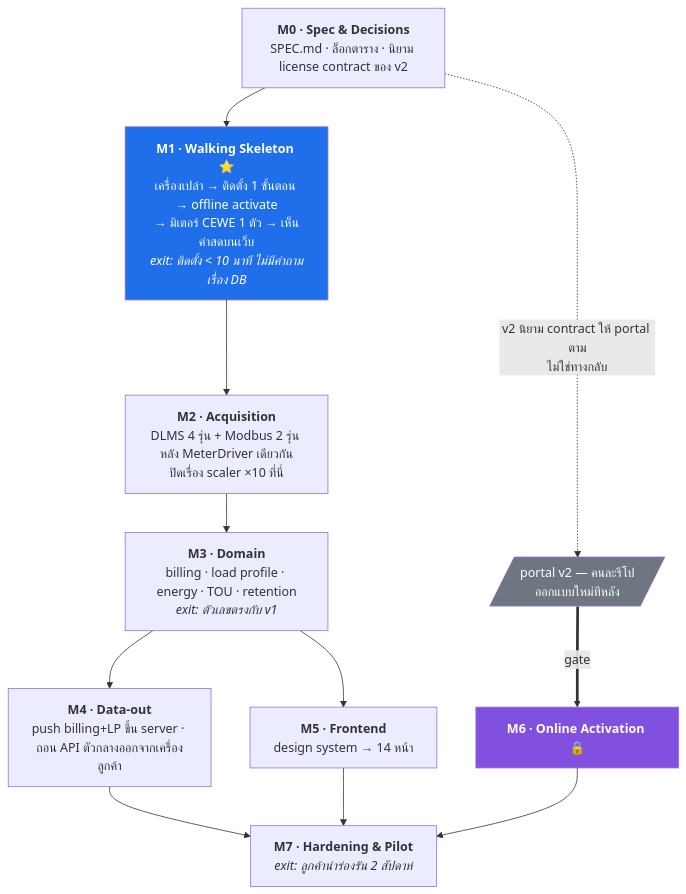
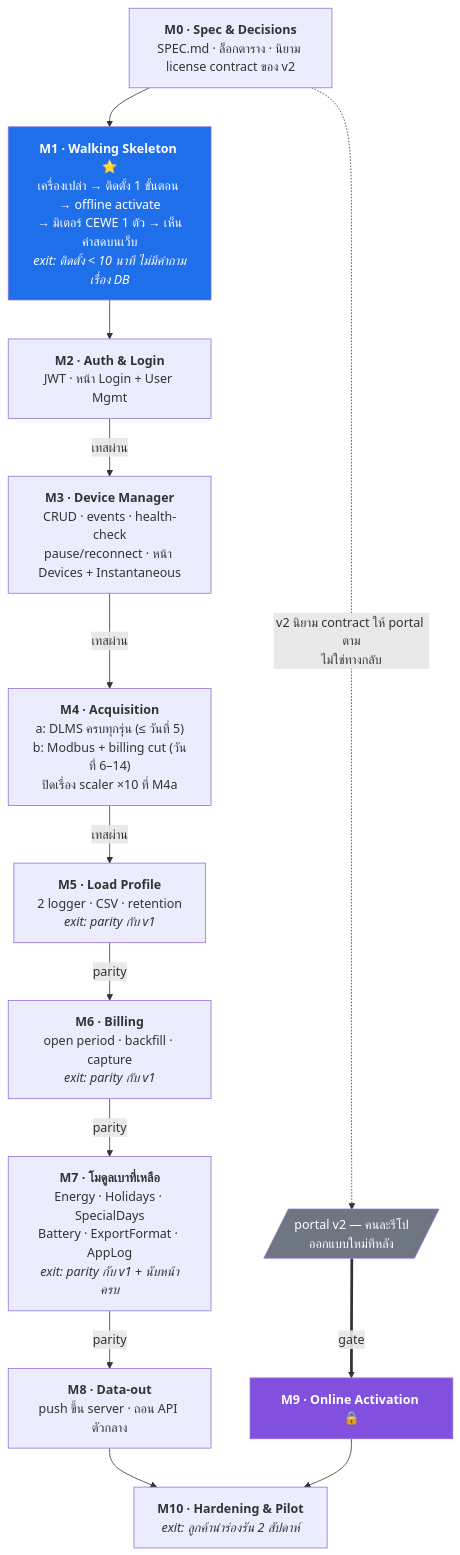
One commit to sunchanin/arichds-application-v2 changed the second of 4 diagrams in docs/REMAKE-PLAN.md. Above: the diagram before and after it, drawn with Mermaid. The commit also changed other lines of this file and 31 other files, not shown here.

````diff
--- a/docs/REMAKE-PLAN.md
+++ b/docs/REMAKE-PLAN.md
@@ -64,21 +65,23 @@
 ```mermaid
 flowchart TD
     M0["<b>M0 · Spec & Decisions</b><br/>SPEC.md · ล็อกตาราง · นิยาม license contract ของ v2"]
     M1["<b>M1 · Walking Skeleton</b> ⭐<br/>เครื่องเปล่า → ติดตั้ง 1 ขั้นตอน → offline activate<br/>→ มิเตอร์ CEWE 1 ตัว → เห็นค่าสดบนเว็บ<br/><i>exit: ติดตั้ง &lt; 10 นาที ไม่มีคำถามเรื่อง DB</i>"]
-    M2["<b>M2 · Acquisition</b><br/>DLMS 4 รุ่น + Modbus 2 รุ่น หลัง MeterDriver เดียวกัน<br/>ปิดเรื่อง scaler ×10 ที่นี่"]
-    M3["<b>M3 · Domain</b><br/>billing · load profile · energy · TOU · retention<br/><i>exit: ตัวเลขตรงกับ v1</i>"]
-    M4["<b>M4 · Data-out</b><br/>push billing+LP ขึ้น server · ถอน API ตัวกลางออกจากเครื่องลูกค้า"]
-    M5["<b>M5 · Frontend</b><br/>design system → 14 หน้า"]
-    M6["<b>M6 · Online Activation</b> 🔒"]
-    M7["<b>M7 · Hardening & Pilot</b><br/><i>exit: ลูกค้านำร่องรัน 2 สัปดาห์</i>"]
+    M2["<b>M2 · Auth & Login</b><br/>JWT · หน้า Login + User Mgmt"]
+    M3["<b>M3 · Device Manager</b><br/>CRUD · events · health-check<br/>pause/reconnect · หน้า Devices + Instantaneous"]
+    M4["<b>M4 · Acquisition</b><br/>a: DLMS ครบทุกรุ่น (≤ วันที่ 5)<br/>b: Modbus + billing cut (วันที่ 6–14)<br/>ปิดเรื่อง scaler ×10 ที่ M4a"]
+    M5["<b>M5 · Load Profile</b><br/>2 logger · CSV · retention<br/><i>exit: parity กับ v1</i>"]
+    M6["<b>M6 · Billing</b><br/>open period · backfill · capture<br/><i>exit: parity กับ v1</i>"]
+    M7["<b>M7 · โมดูลเบาที่เหลือ</b><br/>Energy · Holidays · SpecialDays<br/>Battery · ExportFormat · AppLog<br/><i>exit: parity กับ v1 + นับหน้าครบ</i>"]
+    M8["<b>M8 · Data-out</b><br/>push ขึ้น server · ถอน API ตัวกลาง"]
+    M9["<b>M9 · Online Activation</b> 🔒"]
+    M10["<b>M10 · Hardening & Pilot</b><br/><i>exit: ลูกค้านำร่องรัน 2 สัปดาห์</i>"]
     PORTAL[/"portal v2 — คนละรีโป<br/>ออกแบบใหม่ทีหลัง"/]
 
-    M0 --> M1 --> M2 --> M3 --> M4 --> M7
-    M3 --> M5 --> M7
+    M0 --> M1 --> M2 -- "เทสผ่าน" --> M3 -- "เทสผ่าน" --> M4 -- "เทสผ่าน" --> M5 -- "parity" --> M6 -- "parity" --> M7 -- "parity" --> M8 --> M10
     M0 -. "v2 นิยาม contract ให้ portal ตาม<br/>ไม่ใช่ทางกลับ" .-> PORTAL
-    PORTAL == "gate" ==> M6 --> M7
+    PORTAL == "gate" ==> M9 --> M10
 
     style M1 fill:#1f6feb,color:#fff
-    style M6 fill:#8250df,color:#fff
+    style M9 fill:#8250df,color:#fff
     style PORTAL fill:#6e7781,color:#fff
 ```
````
